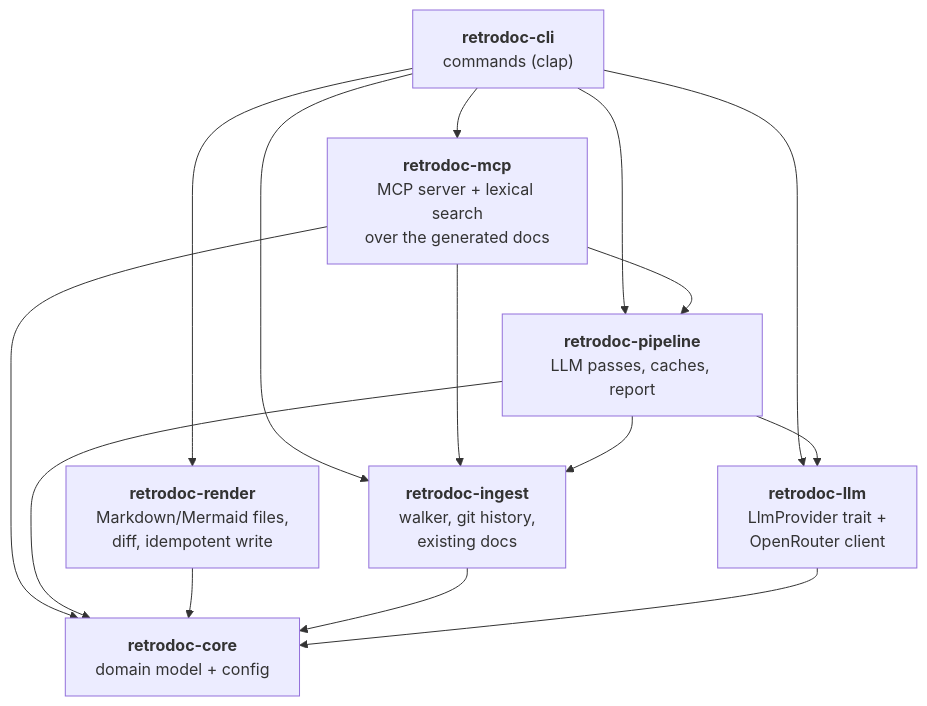
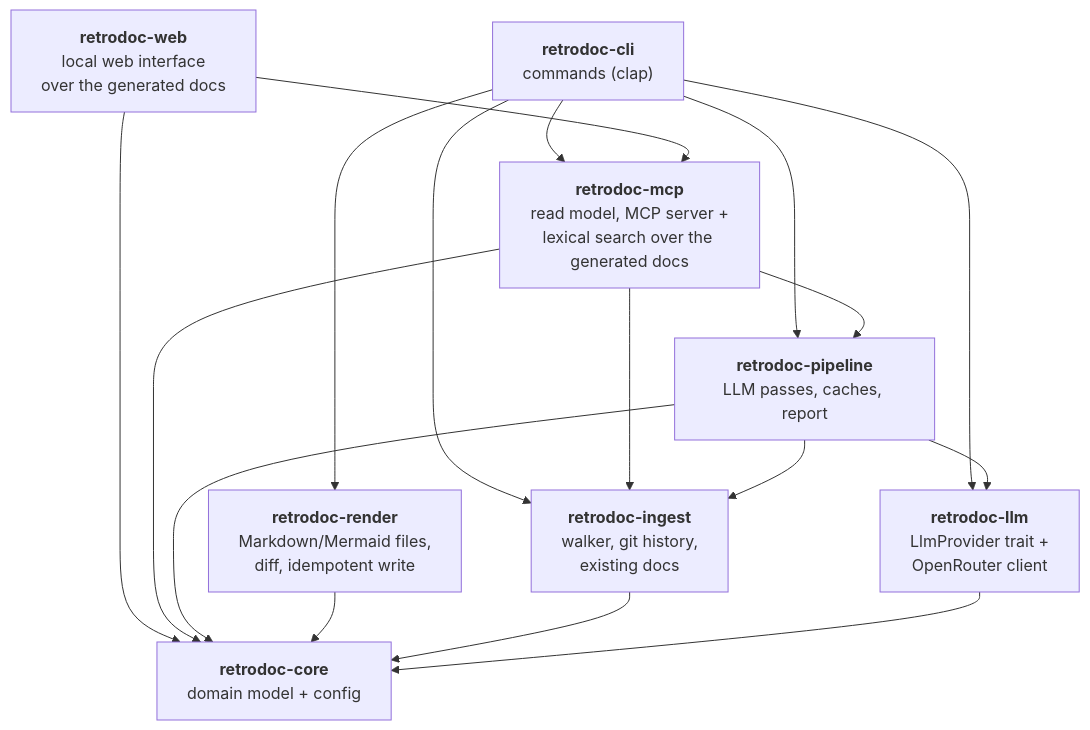
Before and after one commit to Electron-libre/RetroDoc: the second of 9 diagrams in docs/ARCHITECTURE.md, drawn with Mermaid. The commit also changed other lines of this file and 18 other files, not shown here.

First line of the commit message:
feat(web): serve the domains of the last run in a local web interface

````diff
--- a/docs/ARCHITECTURE.md
+++ b/docs/ARCHITECTURE.md
@@ -27,25 +27,28 @@
 ```mermaid
 flowchart TD
     cli["<b>retrodoc-cli</b><br/>commands (clap)"]
     pipe["<b>retrodoc-pipeline</b><br/>LLM passes, caches, report"]
     render["<b>retrodoc-render</b><br/>Markdown/Mermaid files,<br/>diff, idempotent write"]
-    mcp["<b>retrodoc-mcp</b><br/>MCP server + lexical search<br/>over the generated docs"]
+    mcp["<b>retrodoc-mcp</b><br/>read model, MCP server +<br/>lexical search over the generated docs"]
+    web["<b>retrodoc-web</b><br/>local web interface<br/>over the generated docs"]
     ingest["<b>retrodoc-ingest</b><br/>walker, git history,<br/>existing docs"]
     llm["<b>retrodoc-llm</b><br/>LlmProvider trait +<br/>OpenRouter client"]
     core["<b>retrodoc-core</b><br/>domain model + config"]
 
     cli --> pipe
     cli --> render
     cli --> ingest
     cli --> llm
     cli --> mcp
+    web --> mcp
+    web --> core
     mcp --> pipe
     mcp --> ingest
     mcp --> core
     pipe --> ingest
     pipe --> llm
     pipe --> core
     render --> core
     ingest --> core
     llm --> core
 ```
````
